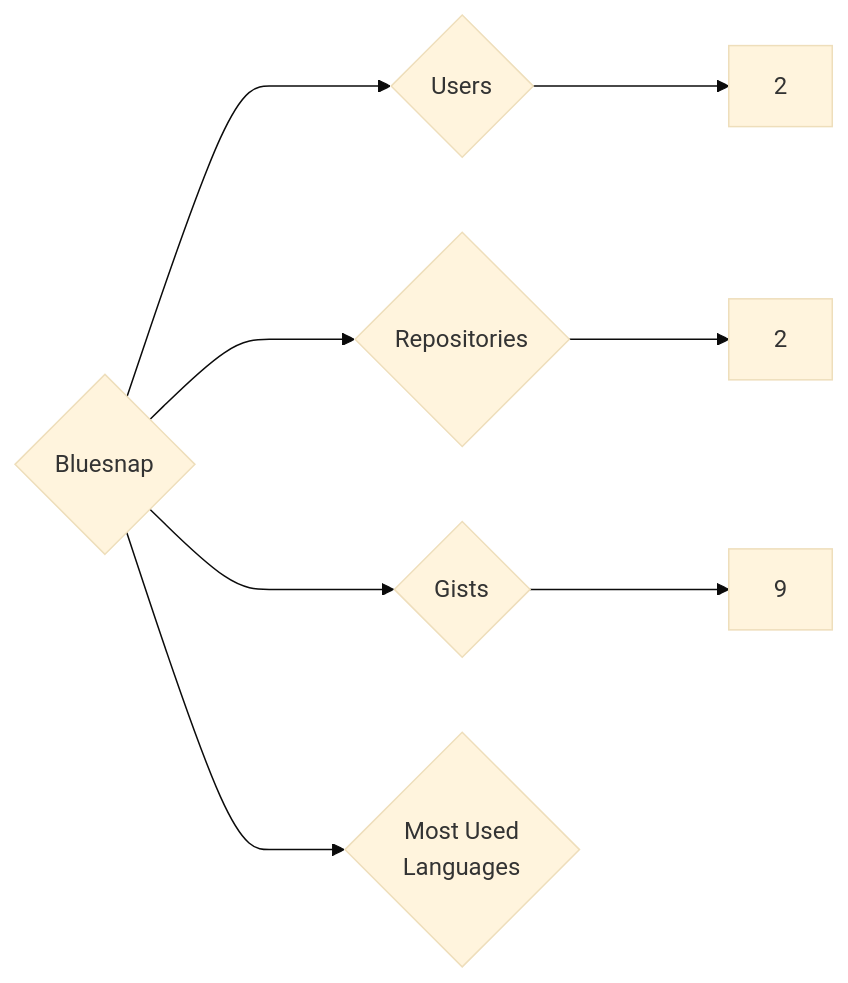
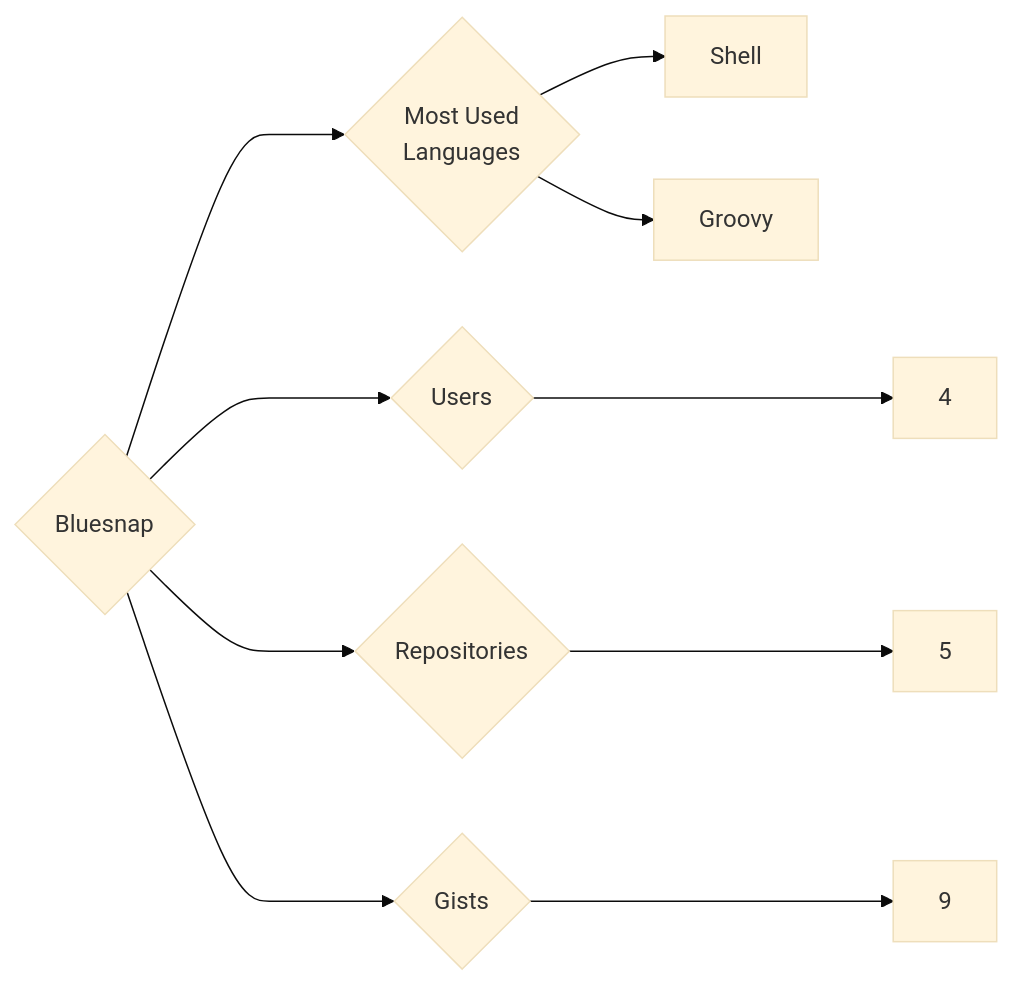
Before and after one commit to trickest/insiders: the diagram in targets/Bluesnap/README.md, drawn with Mermaid (base theme). The commit also changed 1167 other files, not shown here.

````diff
--- a/targets/Bluesnap/README.md
+++ b/targets/Bluesnap/README.md
@@ -3,8 +3,10 @@
 ```mermaid
 graph LR
 COMPANY_NAME{Bluesnap}
-COMPANY_NAME ---> U{Users} ---> UN[2]
-COMPANY_NAME ---> R{Repositories} ---> RN[2]
+COMPANY_NAME ---> U{Users} ---> UN[4]
+COMPANY_NAME ---> R{Repositories} ---> RN[5]
 COMPANY_NAME ---> G{Gists} ---> GN[9]
 COMPANY_NAME ---> ML{Most Used<br>Languages}
+ML --> Shell[Shell]
+ML --> Groovy[Groovy]
 ```
````
